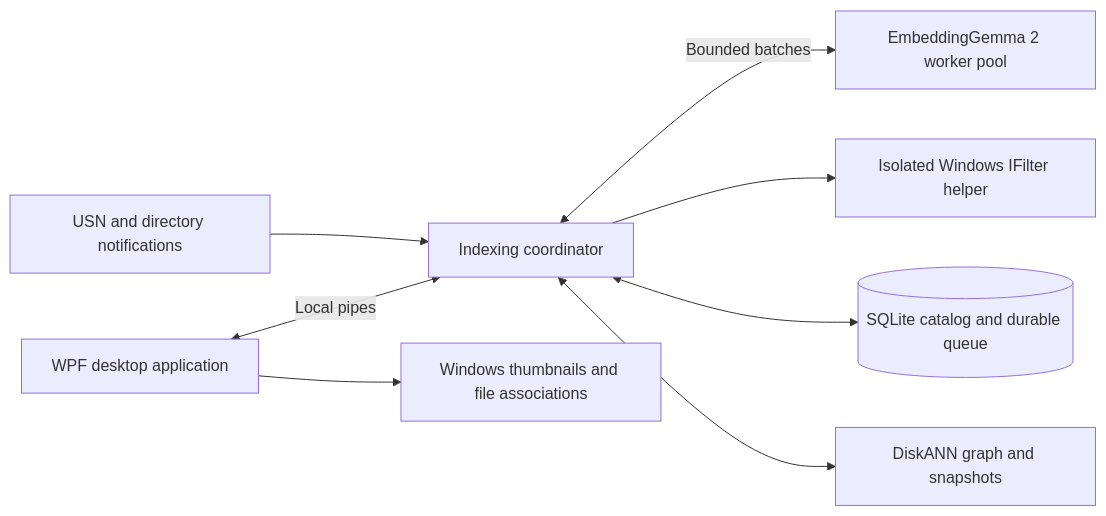
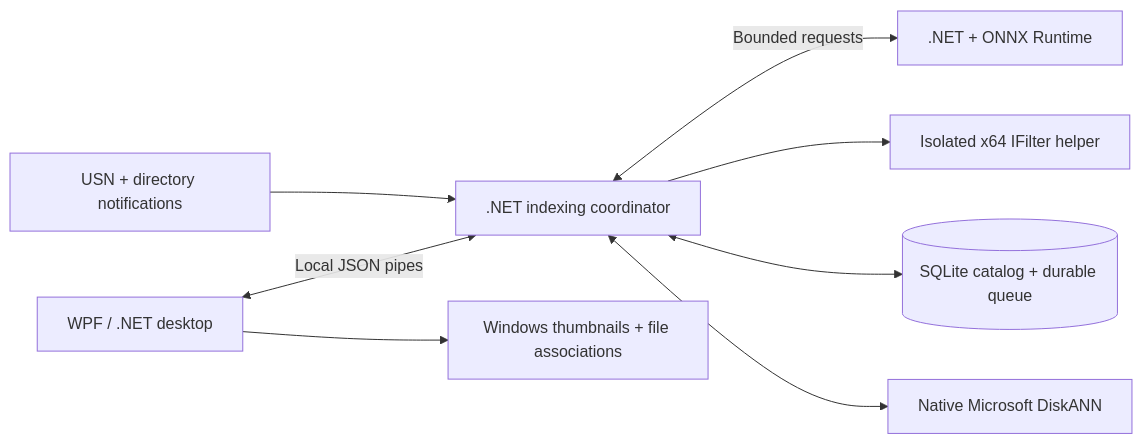
Before and after one commit to sumanthewhiz/FuzzyFindAnything: the diagram in README.md, drawn with Mermaid. The commit also changed other lines of this file and 135 other files, not shown here.

First line of the commit message:
Migrate search engine and inference to native .NET

````diff
--- a/README.md
+++ b/README.md
@@ -79,10 +76,10 @@
 ```mermaid
 flowchart LR
-    UI["WPF desktop application"] <-->|Local pipes| Engine["Indexing coordinator"]
-    Events["USN and directory notifications"] --> Engine
-    Engine <-->|Bounded batches| Models["EmbeddingGemma 2 worker pool"]
-    Engine --> Filters["Isolated Windows IFilter helper"]
-    Engine <--> Catalog[("SQLite catalog and durable queue")]
-    Engine <--> Index["DiskANN graph and snapshots"]
-    UI --> Shell["Windows thumbnails and file associations"]
+    UI["WPF / .NET desktop"] <-->|Local JSON pipes| Engine[".NET indexing coordinator"]
+    Changes["USN + directory notifications"] --> Engine
+    Engine <-->|Bounded requests| Inference[".NET + ONNX Runtime"]
+    Engine --> Filters["Isolated x64 IFilter helper"]
+    Engine <--> Catalog[("SQLite catalog + durable queue")]
+    Engine <--> ANN["Native Microsoft DiskANN"]
+    UI --> Shell["Windows thumbnails + file associations"]
 ```
````
